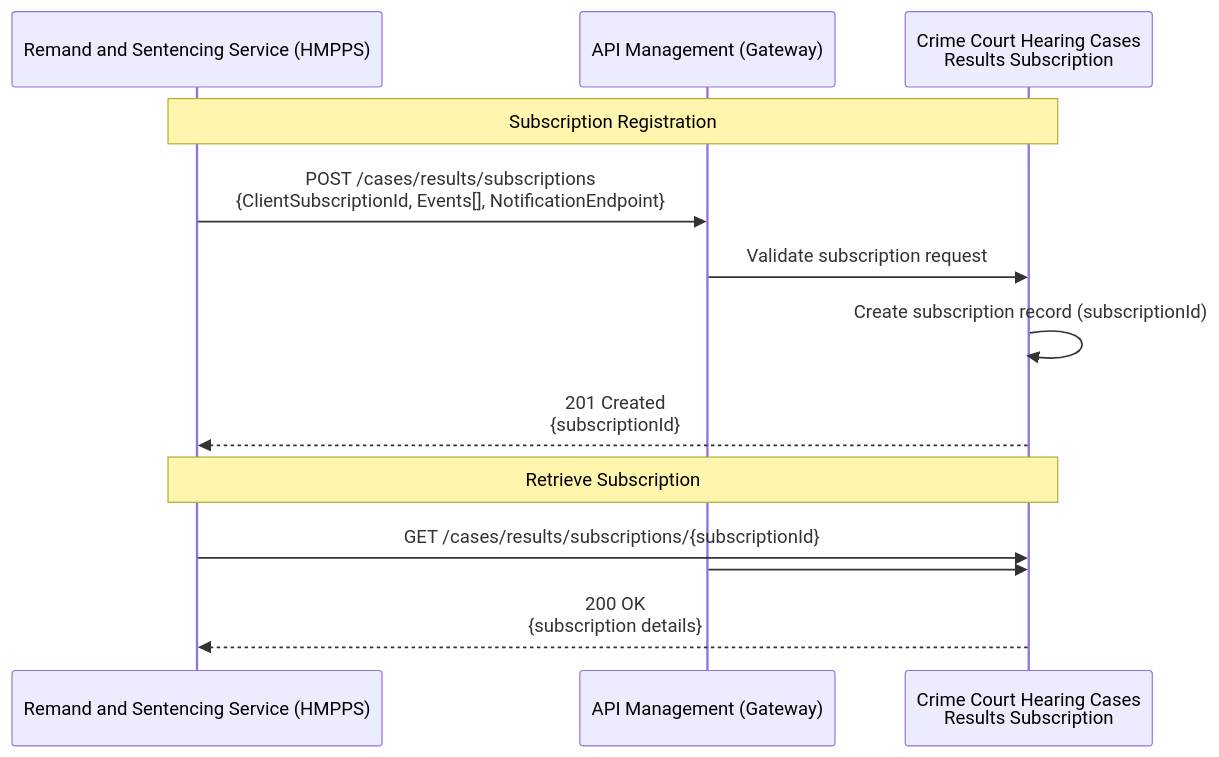
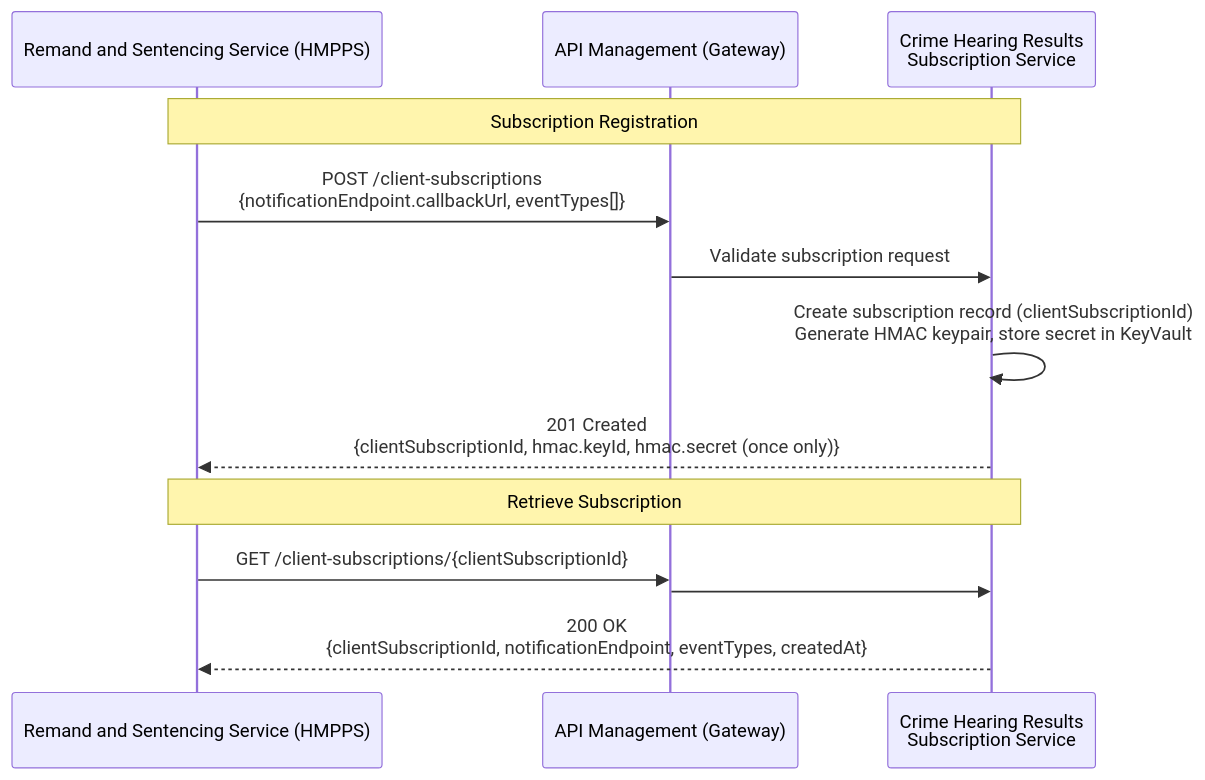
One commit to hmcts/api-cp-crime-courthearing-cases-eventtype-subscription changed the first of 4 diagrams in docs/NOTIFICATION_REQUIREMENTS.md. Above: the diagram before and after it, drawn with Mermaid. The commit also changed other lines of this file and 3 other files, not shown here.

````diff
--- a/docs/NOTIFICATION_REQUIREMENTS.md
+++ b/docs/NOTIFICATION_REQUIREMENTS.md
@@ -84,22 +91,22 @@
 ```mermaid
 sequenceDiagram
     
     participant Consumer as Remand and Sentencing Service (HMPPS)
     participant APIM as API Management (Gateway)
-    participant CCRS as Crime Court Hearing Cases<br/>Results Subscription
+    participant CCRS as Crime Hearing Results<br/>Subscription Service
     
 
     Note over Consumer,CCRS: Subscription Registration
 
-    Consumer->>APIM: POST /cases/results/subscriptions<br/>{ClientSubscriptionId, Events[], NotificationEndpoint}
+    Consumer->>APIM: POST /client-subscriptions<br/>{notificationEndpoint.callbackUrl, eventTypes[]}
     APIM->>CCRS: Validate subscription request
-    CCRS->>CCRS: Create subscription record (subscriptionId)
-    CCRS-->>Consumer: 201 Created<br/>{subscriptionId}
+    CCRS->>CCRS: Create subscription record (clientSubscriptionId)<br/>Generate HMAC keypair, store secret in KeyVault
+    CCRS-->>Consumer: 201 Created<br/>{clientSubscriptionId, hmac.keyId, hmac.secret (once only)}
 
     Note over Consumer,CCRS: Retrieve Subscription
 
-    Consumer->>CCRS: GET /cases/results/subscriptions/{subscriptionId}
+    Consumer->>APIM: GET /client-subscriptions/{clientSubscriptionId}
     APIM->>CCRS: 
-    CCRS-->>Consumer: 200 OK<br/>{subscription details}
+    CCRS-->>Consumer: 200 OK<br/>{clientSubscriptionId, notificationEndpoint, eventTypes, createdAt}
 
 ```
````
